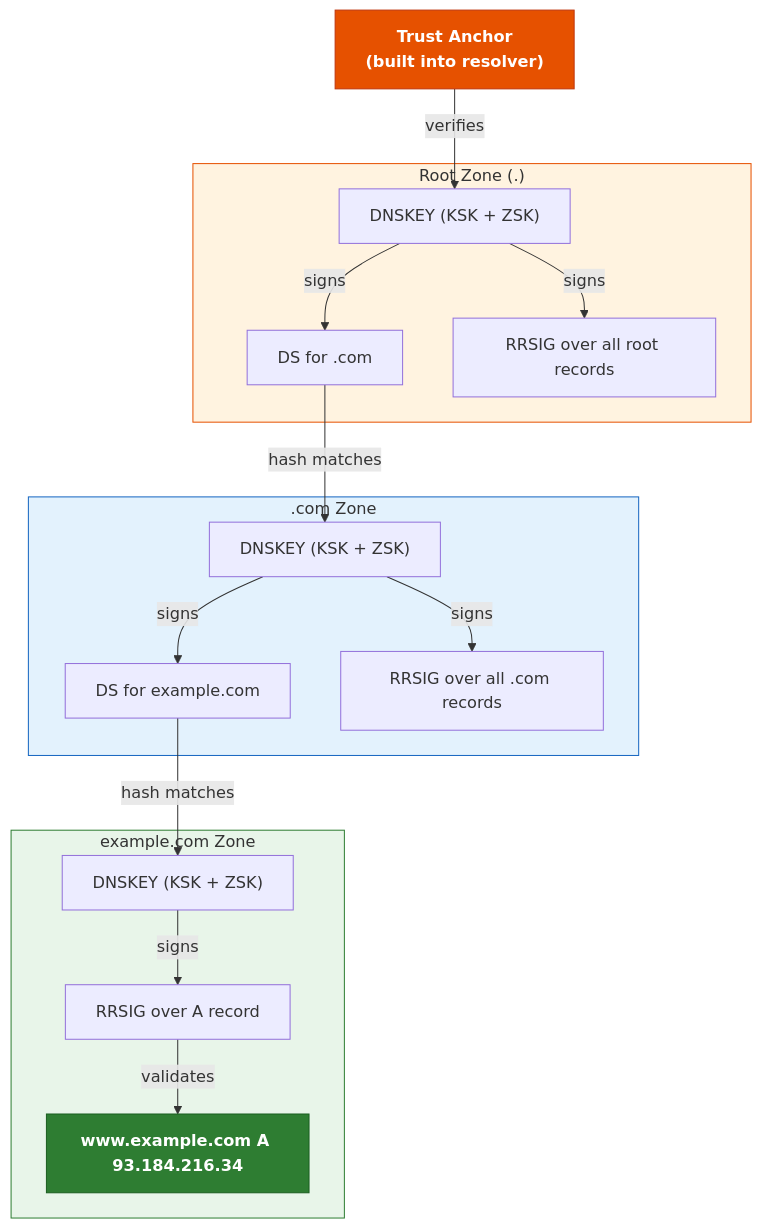
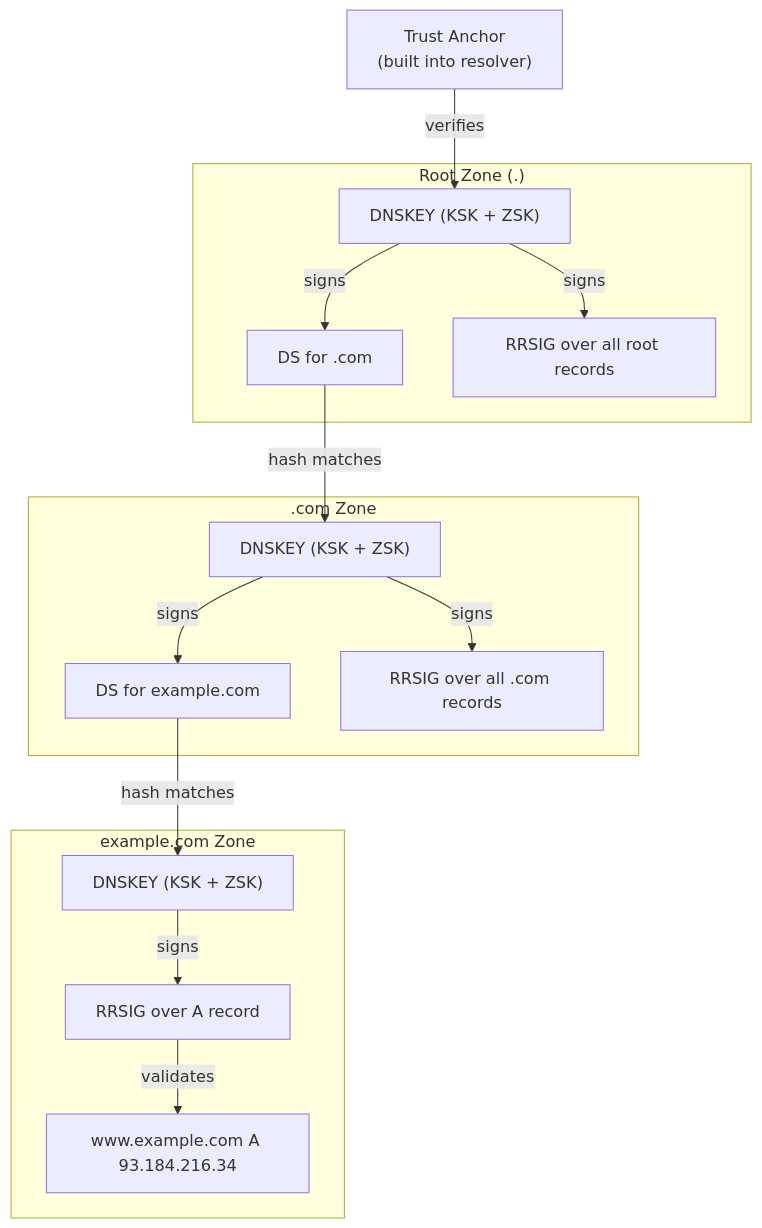
Before and after one commit to ringo380/guides: the first of 4 diagrams in DNS Administration/dnssec.md, drawn with Mermaid. The commit also changed other lines of this file and 2 other files, not shown here.

First line of the commit message:
docs(dns-administration): remove hardcoded Mermaid colors for theme compatibility

````diff
--- a/DNS Administration/dnssec.md
+++ b/DNS Administration/dnssec.md
@@ -52,35 +52,29 @@
 ```mermaid
 graph TD
-    TA["Trust Anchor<br/>(built into resolver)"]:::anchor
+    TA["Trust Anchor<br/>(built into resolver)"]
     TA -->|"verifies"| RootKey
 
     subgraph root ["Root Zone (.)"]
         RootKey["DNSKEY (KSK + ZSK)"]
         RootKey -->|"signs"| RootDS["DS for .com"]
         RootKey -->|"signs"| RootRRSIG["RRSIG over all root records"]
     end
 
     RootDS -->|"hash matches"| ComKey
 
     subgraph dotcom [".com Zone"]
         ComKey["DNSKEY (KSK + ZSK)"]
         ComKey -->|"signs"| ComDS["DS for example.com"]
         ComKey -->|"signs"| ComRRSIG["RRSIG over all .com records"]
     end
 
     ComDS -->|"hash matches"| ExKey
 
     subgraph example ["example.com Zone"]
         ExKey["DNSKEY (KSK + ZSK)"]
         ExKey -->|"signs"| ExRRSIG["RRSIG over A record"]
         ExRRSIG -->|"validates"| Answer
     end
 
-    Answer["www.example.com A 93.184.216.34"]:::validated
-
-    classDef anchor fill:#e65100,color:#fff,stroke:#bf360c,font-weight:bold
-    classDef validated fill:#2e7d32,color:#fff,stroke:#1b5e20,font-weight:bold
-    style root fill:#fff3e0,stroke:#e65100
-    style dotcom fill:#e3f2fd,stroke:#1565c0
-    style example fill:#e8f5e9,stroke:#2e7d32
+    Answer["www.example.com A 93.184.216.34"]
 ```
````
